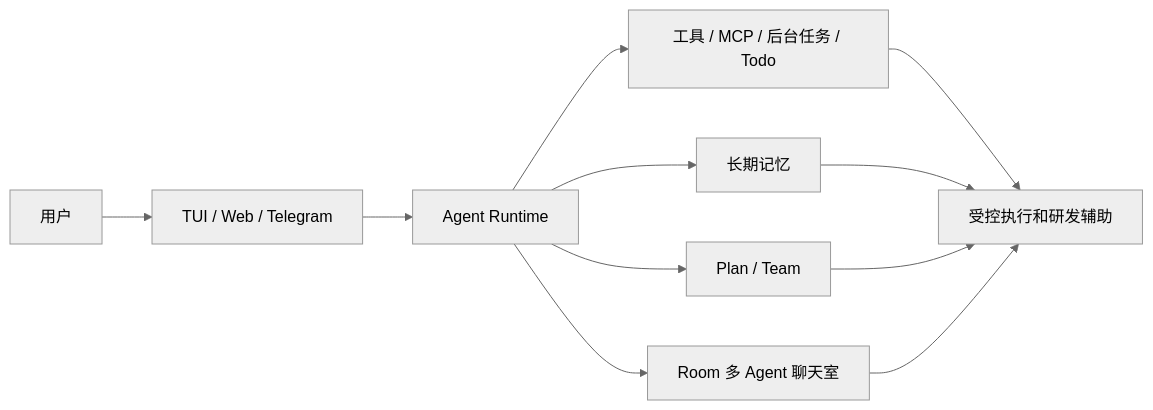
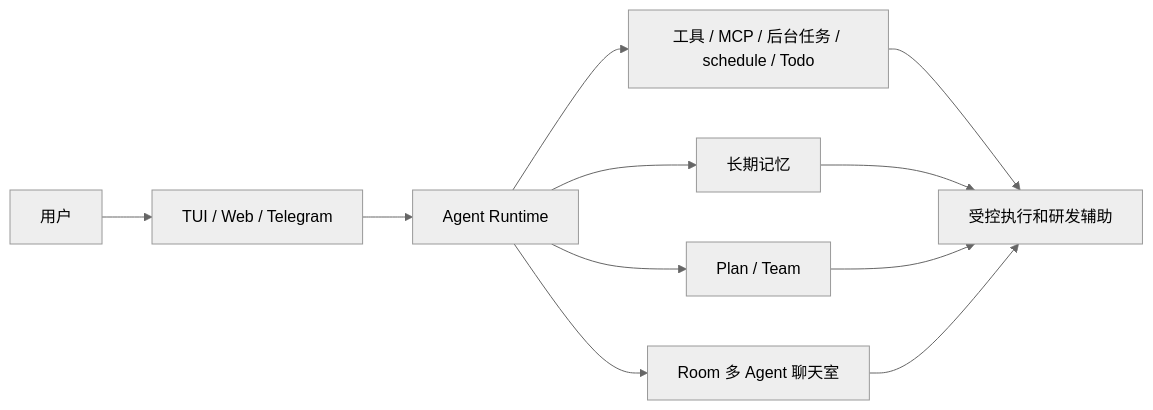
One commit to yangzhb-cn/aster changed the diagram in docs/ai-readme/manual/business-knowledge.md. Above: the diagram before and after it, drawn with Mermaid (neutral theme). The commit also changed other lines of this file and 42 other files, not shown here.

````diff
--- a/docs/ai-readme/manual/business-knowledge.md
+++ b/docs/ai-readme/manual/business-knowledge.md
@@ -132,13 +138,13 @@
 ```mermaid
 flowchart LR
     User["用户"] --> UI["TUI / Web / Telegram"]
     UI --> Runtime["Agent Runtime"]
-    Runtime --> Tools["工具 / MCP / 后台任务 / Todo"]
+    Runtime --> Tools["工具 / MCP / 后台任务 / schedule / Todo"]
     Runtime --> Memory["长期记忆"]
     Runtime --> Plan["Plan / Team"]
     Runtime --> Room["Room 多 Agent 聊天室"]
     Tools --> Value["受控执行和研发辅助"]
     Memory --> Value
     Plan --> Value
     Room --> Value
 ```
````
